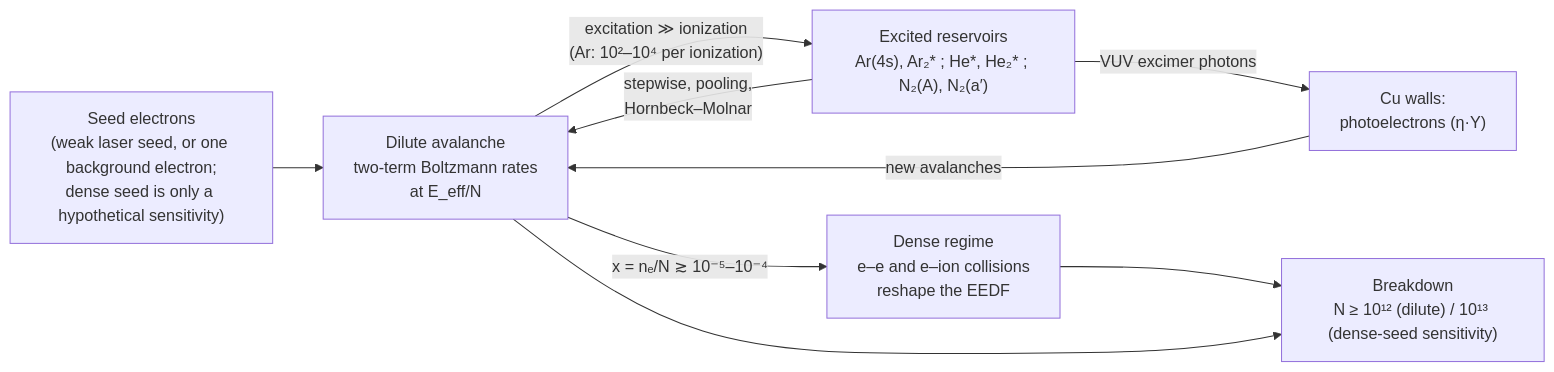
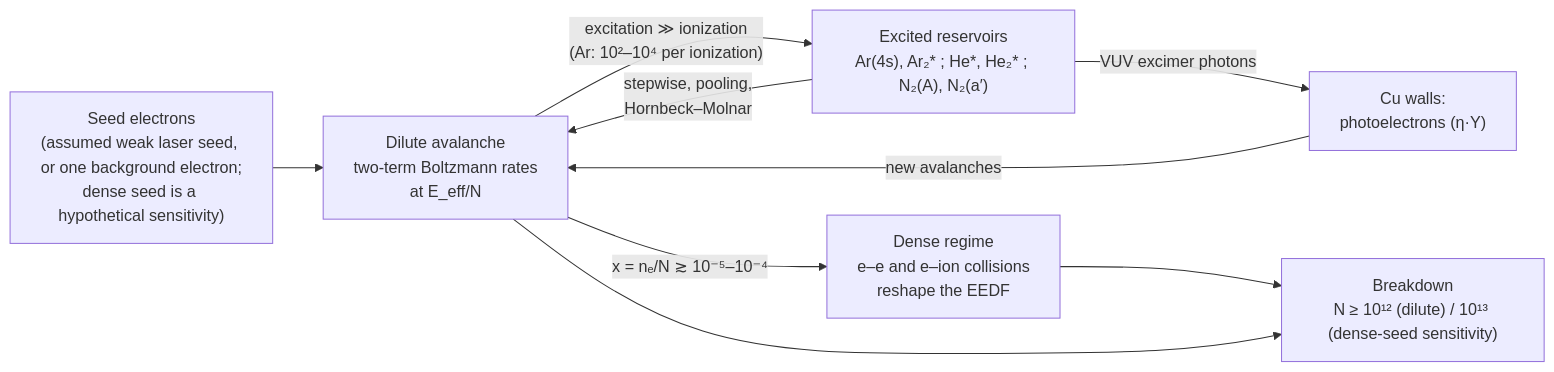
One commit to Emaguidetal/plasma-viewer changed the diagram in research/literature/argon-helium-breakdown-excited-dense-study.md. Above: the diagram before and after it, drawn with Mermaid. The commit also changed other lines of this file and 30 other files, not shown here.

````diff
--- a/research/literature/argon-helium-breakdown-excited-dense-study.md
+++ b/research/literature/argon-helium-breakdown-excited-dense-study.md
@@ -68,11 +83,11 @@
 ```mermaid
 flowchart LR
-  S["Seed electrons<br/>(weak laser seed, or one background electron;<br/>dense seed is only a hypothetical sensitivity)"] --> A["Dilute avalanche<br/>two-term Boltzmann rates<br/>at E_eff/N"]
+  S["Seed electrons<br/>(assumed weak laser seed, or one background electron;<br/>dense seed is a hypothetical sensitivity)"] --> A["Dilute avalanche<br/>two-term Boltzmann rates<br/>at E_eff/N"]
   A -->|"excitation ≫ ionization<br/>(Ar: 10²–10⁴ per ionization)"| X["Excited reservoirs<br/>Ar(4s), Ar₂* ; He*, He₂* ; N₂(A), N₂(a′)"]
   X -->|"stepwise, pooling,<br/>Hornbeck–Molnar"| A
   X -->|"VUV excimer photons"| W["Cu walls:<br/>photoelectrons (η·Y)"]
   W -->|"new avalanches"| A
   A -->|"x = nₑ/N ≳ 10⁻⁵–10⁻⁴"| D["Dense regime<br/>e–e and e–ion collisions<br/>reshape the EEDF"]
   D --> B["Breakdown<br/>N ≥ 10¹² (dilute) / 10¹³ (dense-seed sensitivity)"]
   A --> B
 ```
````
